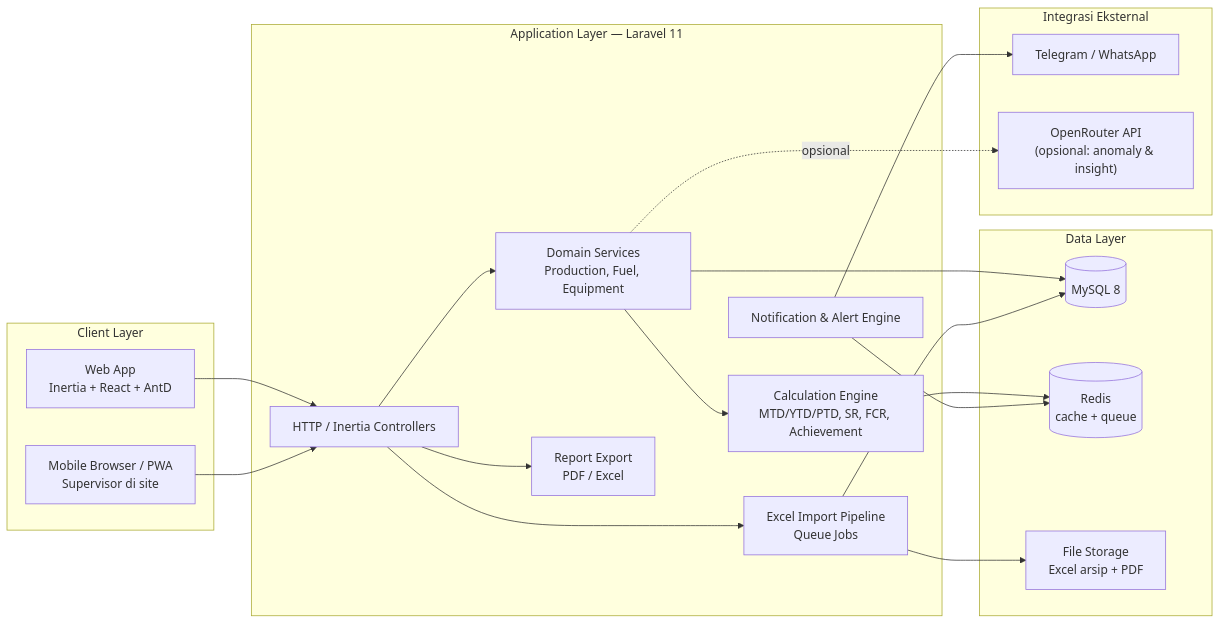
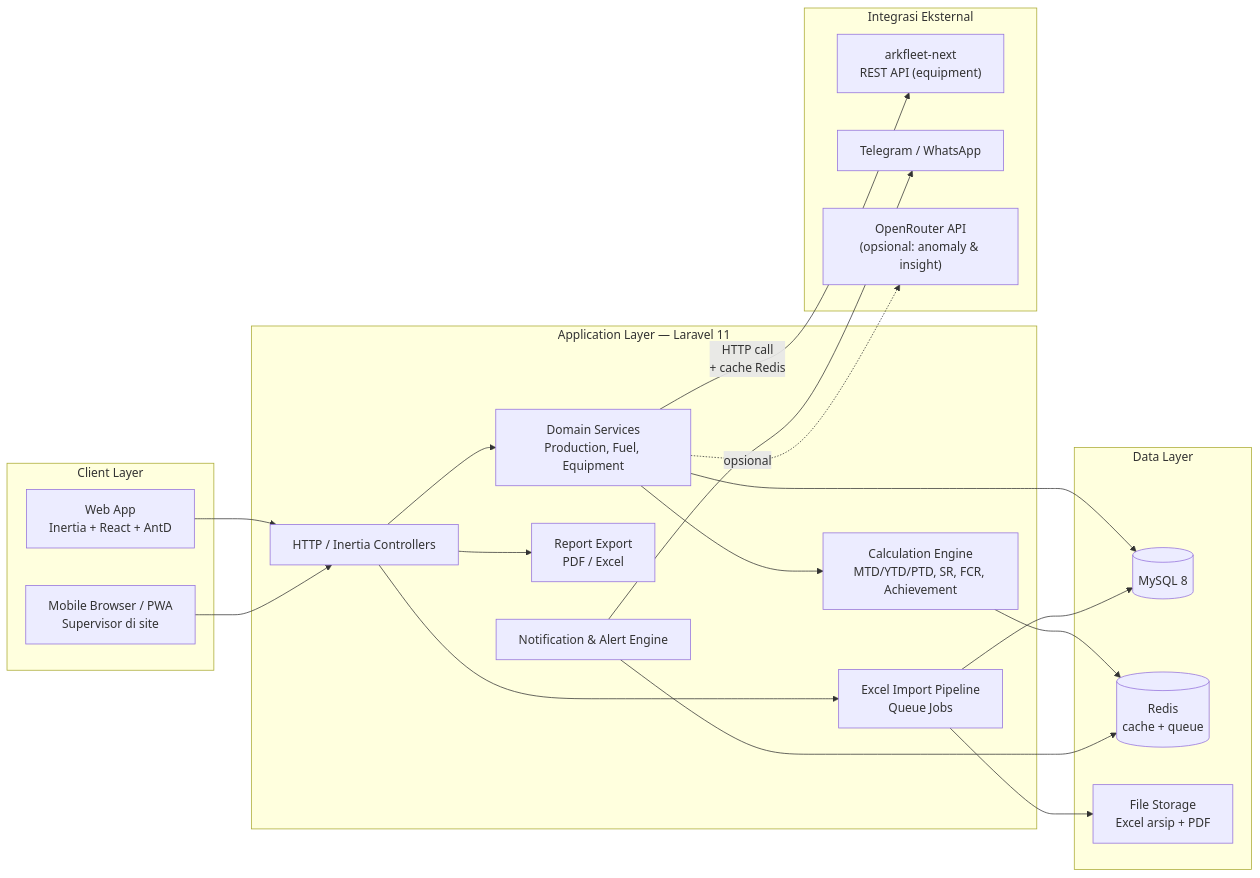
The second of 11 diagrams in docs/concept.md (rachmanj/daily-production), drawn with Mermaid before and after one commit. The commit also changed other lines of this file, not shown here.

First line of the commit message:
docs: switch to REST API integration + enterprise-wide multi-site

````diff
--- a/docs/concept.md
+++ b/docs/concept.md
@@ -85,37 +85,39 @@
 ```mermaid
 graph LR
     subgraph CLIENT["Client Layer"]
         WEB["Web App<br/>Inertia + React + AntD"]
         MOBILE["Mobile Browser / PWA<br/>Supervisor di site"]
     end
 
     subgraph SERVER["Application Layer — Laravel 11"]
         HTTP["HTTP / Inertia Controllers"]
         SVC["Domain Services<br/>Production, Fuel, Equipment"]
         CALC["Calculation Engine<br/>MTD/YTD/PTD, SR, FCR, Achievement"]
         IMPORT["Excel Import Pipeline<br/>Queue Jobs"]
         EXPORT["Report Export<br/>PDF / Excel"]
         NOTIF["Notification & Alert Engine"]
     end
 
     subgraph DATA["Data Layer"]
         MYSQL[("MySQL 8")]
         REDIS[("Redis<br/>cache + queue")]
         FILES["File Storage<br/>Excel arsip + PDF"]
     end
 
     subgraph EXT["Integrasi Eksternal"]
+        ARKFLEET["arkfleet-next<br/>REST API (equipment)"]
         TG["Telegram / WhatsApp"]
         AI["OpenRouter API<br/>(opsional: anomaly & insight)"]
     end
 
     WEB & MOBILE --> HTTP
     HTTP --> SVC --> CALC
     HTTP --> IMPORT & EXPORT
     SVC --> MYSQL
+    SVC -->|"HTTP call<br/>+ cache Redis"| ARKFLEET
     CALC --> REDIS
     IMPORT --> FILES & MYSQL
     NOTIF --> TG
     SVC -.opsional.-> AI
     NOTIF --> REDIS
 ```
````
